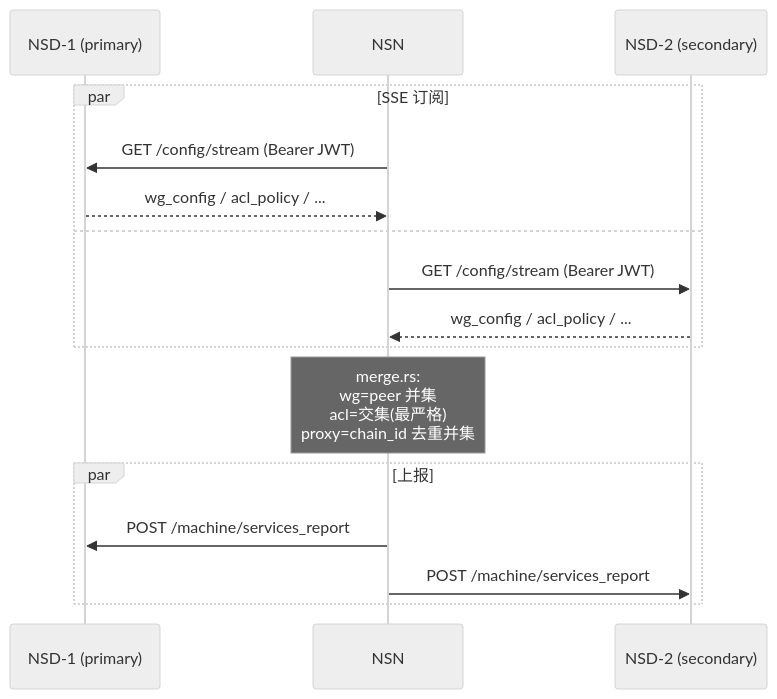
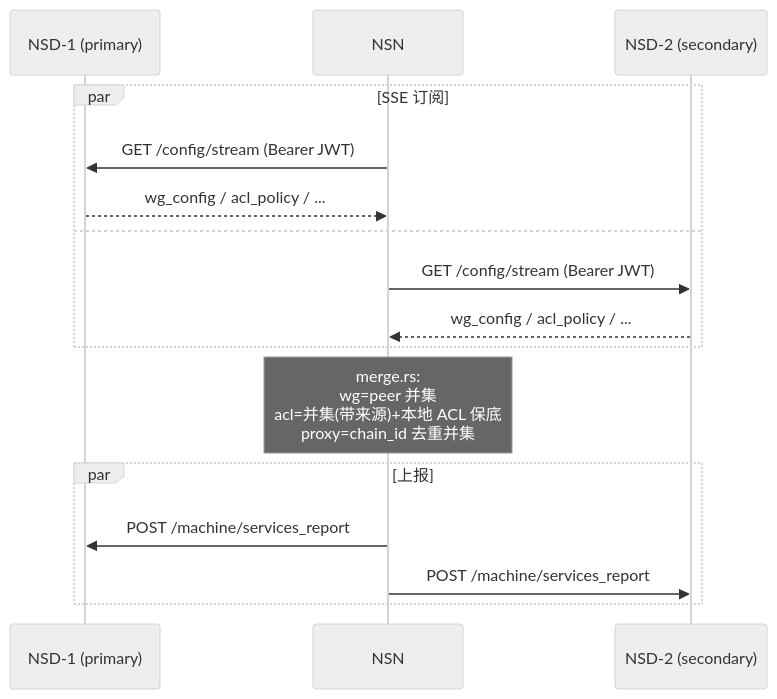
One commit to nsiod/docs changed the third of 4 diagrams in docs/01-overview/ecosystem.md. Above: the diagram before and after it, drawn with Mermaid (neutral theme). The commit also changed other lines of this file and 14 other files, not shown here.

First line of the commit message:
docs(control-plane): flip ACL merge to union + local ACL floor, spec event signing

````diff
--- a/docs/01-overview/ecosystem.md
+++ b/docs/01-overview/ecosystem.md
@@ -166,21 +166,21 @@
 ```mermaid
 sequenceDiagram
     participant NSD1 as NSD-1 (primary)
     participant NSN
     participant NSD2 as NSD-2 (secondary)
 
     par SSE 订阅
         NSN->>NSD1: GET /config/stream (Bearer JWT)
         NSD1-->>NSN: wg_config / acl_policy / ...
     and
         NSN->>NSD2: GET /config/stream (Bearer JWT)
         NSD2-->>NSN: wg_config / acl_policy / ...
     end
 
-    Note over NSN: merge.rs:<br/>wg=peer 并集<br/>acl=交集(最严格)<br/>proxy=chain_id 去重并集
+    Note over NSN: merge.rs:<br/>wg=peer 并集<br/>acl=并集(带来源)+本地 ACL 保底<br/>proxy=chain_id 去重并集
 
     par 上报
         NSN->>NSD1: POST /machine/services_report
         NSN->>NSD2: POST /machine/services_report
     end
 ```
````
